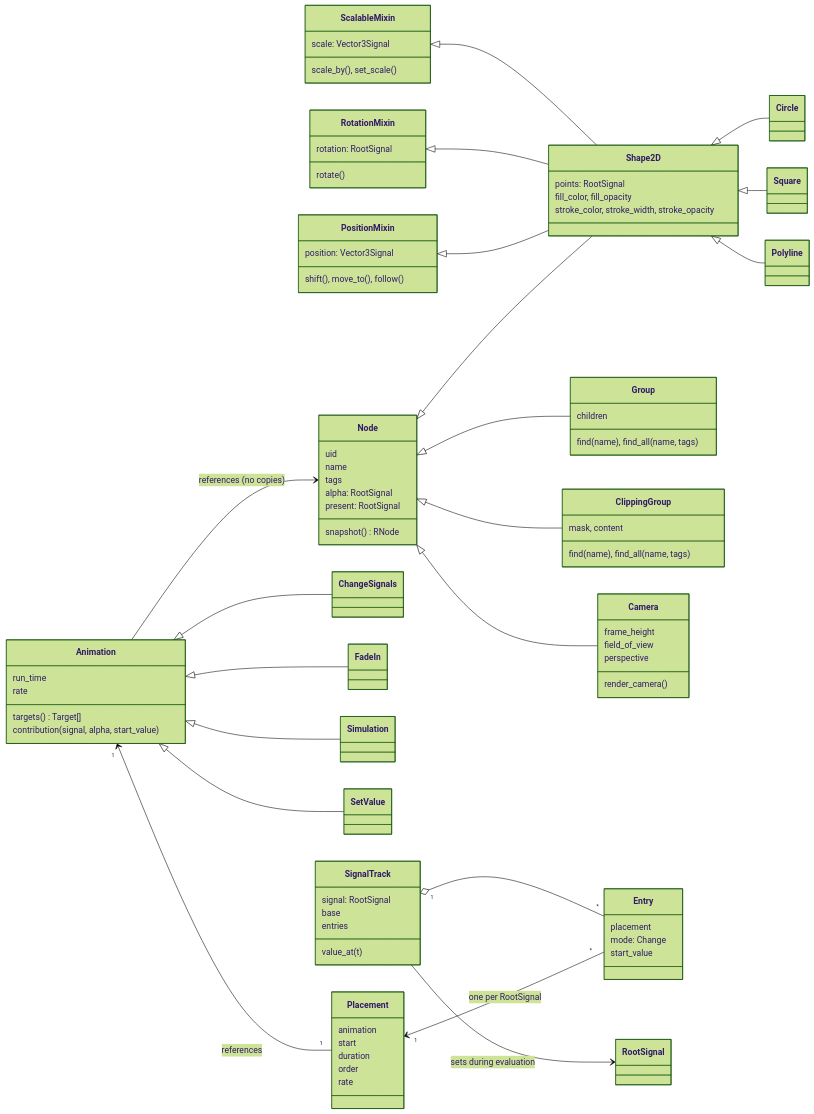
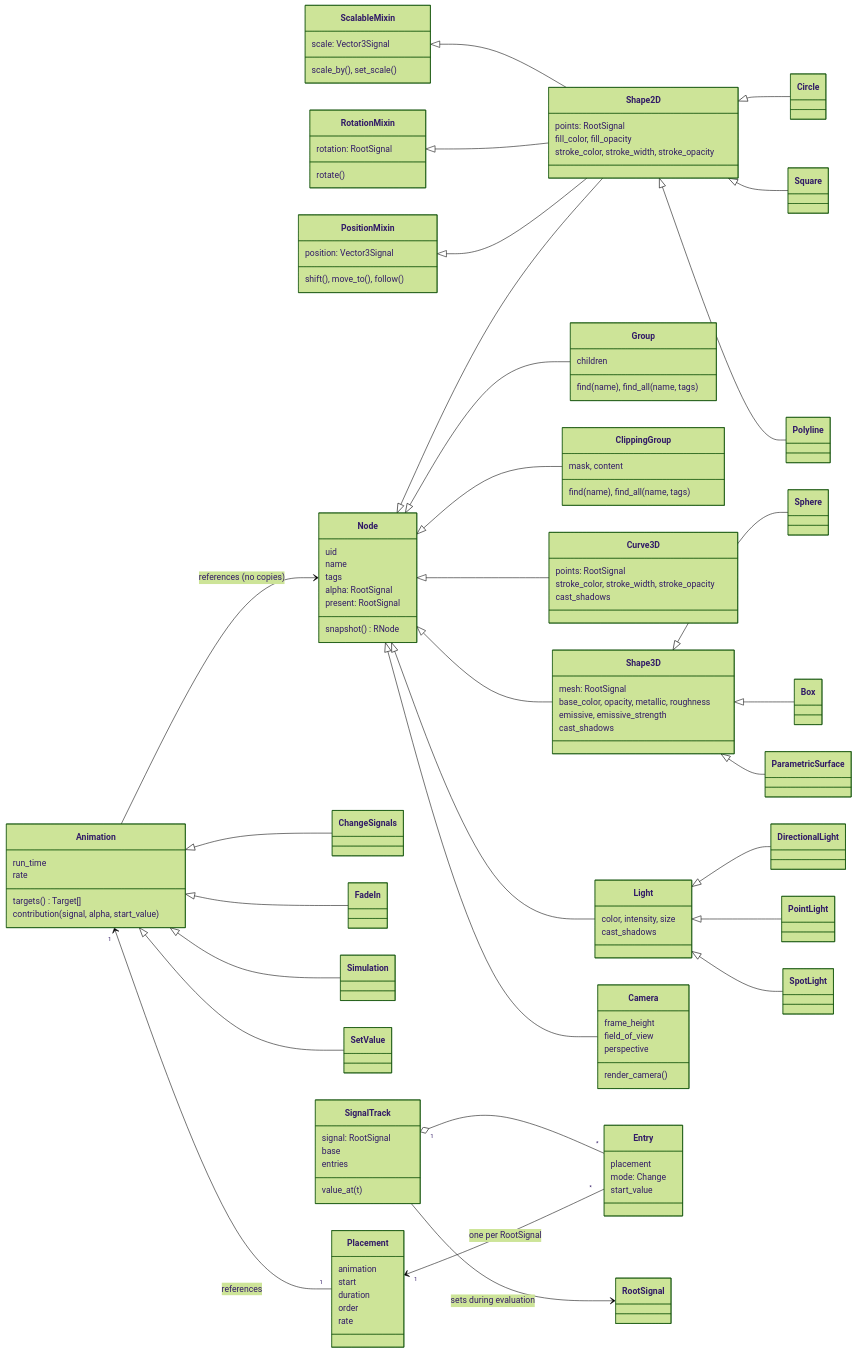
The third of 8 diagrams in manimx/ARCHITECTURE.md (MrDiver/manim), drawn with Mermaid (forest theme) before and after one commit. The commit also changed other lines of this file and 10 other files, not shown here.

```diff
--- a/manimx/ARCHITECTURE.md
+++ b/manimx/ARCHITECTURE.md
@@ -184,6 +184,21 @@
         mask, content
         find(name), find_all(name, tags)
     }
+    class Curve3D {
+        points: RootSignal
+        stroke_color, stroke_width, stroke_opacity
+        cast_shadows
+    }
+    class Shape3D {
+        mesh: RootSignal
+        base_color, opacity, metallic, roughness
+        emissive, emissive_strength
+        cast_shadows
+    }
+    class Light {
+        color, intensity, size
+        cast_shadows
+    }
     class Camera {
         frame_height
         field_of_view
@@ -200,6 +215,15 @@
     Shape2D <|-- Circle
     Shape2D <|-- Square
     Shape2D <|-- Polyline
+    Node <|-- Curve3D
+    Node <|-- Shape3D
+    Node <|-- Light
+    Shape3D <|-- Sphere
+    Shape3D <|-- Box
+    Shape3D <|-- ParametricSurface
+    Light <|-- DirectionalLight
+    Light <|-- PointLight
+    Light <|-- SpotLight
 
     class Animation {
         run_time
```
